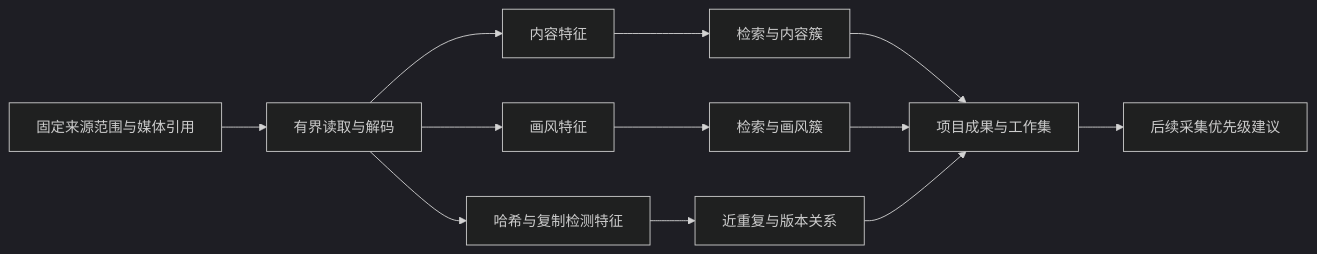
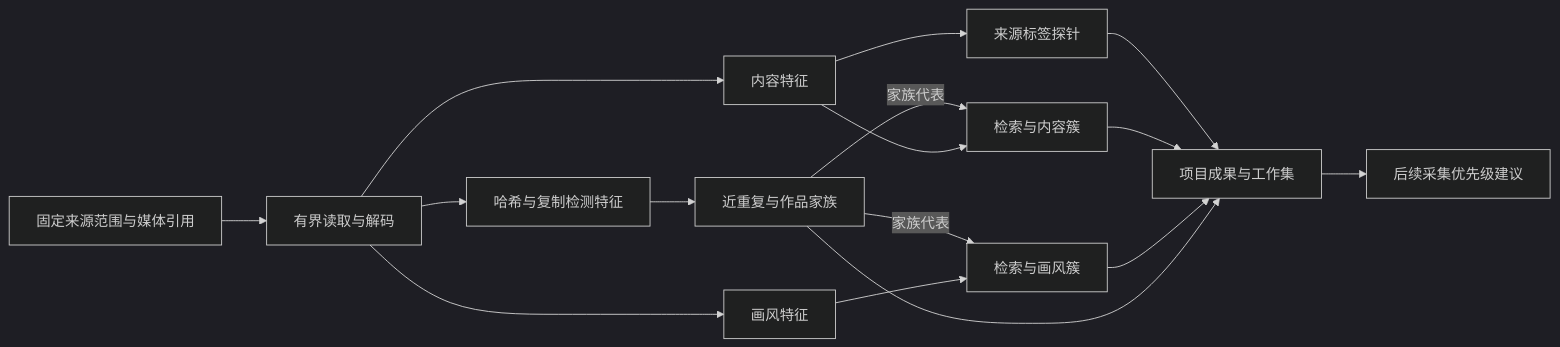
One commit to Xuness/Dataset_Studio changed the diagram in docs/plans/Data Lake Clustering Retrieval/README.md. Above: the diagram before and after it, drawn with Mermaid (dark theme). The commit also changed other lines of this file and 2 other files, not shown here.

````diff
--- a/docs/plans/Data Lake Clustering Retrieval/README.md
+++ b/docs/plans/Data Lake Clustering Retrieval/README.md
@@ -76,14 +81,18 @@
 ```mermaid
 flowchart LR
     A[固定来源范围与媒体引用] --> B[有界读取与解码]
     B --> C[内容特征]
     B --> D[画风特征]
     B --> E[哈希与复制检测特征]
+    E --> H[近重复与作品家族]
+    H -->|家族代表| F
+    H -->|家族代表| G
     C --> F[检索与内容簇]
     D --> G[检索与画风簇]
-    E --> H[近重复与版本关系]
+    C --> K[来源标签探针]
+    K --> I
     F --> I[项目成果与工作集]
     G --> I
     H --> I
     I --> J[后续采集优先级建议]
 ```
````
